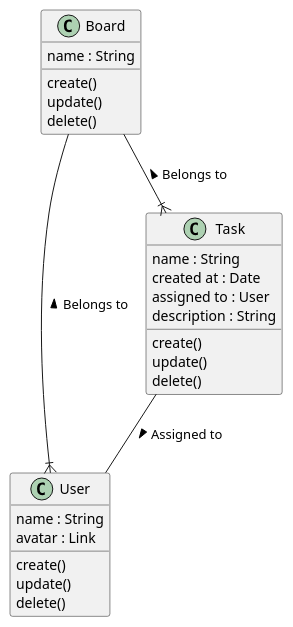
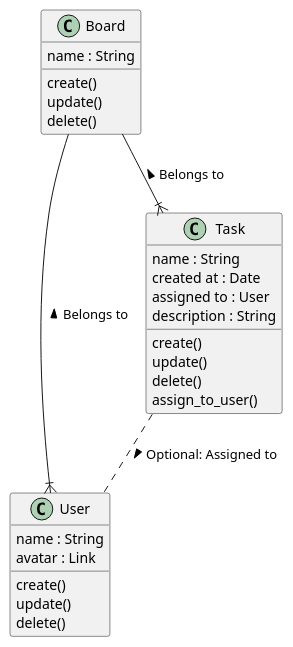
Before and after one commit to HFMIRE/To-do-list: the diagram in uml/to_do_board.puml, drawn with PlantUML.

Commit message:
Adding the UML and an SVG view of it

```diff
--- a/uml/to_do_board.puml
+++ b/uml/to_do_board.puml
@@ -1,36 +1,37 @@
 @startuml
 'https://plantuml.com/class-diagram
 
 
 Board --|{ User : Belongs to <
 Board --|{ Task : Belongs to <
-Task -- User : Assigned to >
+Task .. User : Optional: Assigned to >
 
 
 
 class Board {
 name : String
 create()
 update()
 delete()
 }
 
 class User {
 name : String
 avatar : Link
 create()
 update()
 delete()
 }
 
 class Task {
 name : String
 created at : Date
 assigned to : User
 description : String
 create()
 update()
 delete()
+assign_to_user()
 }
 
 @enduml
```
